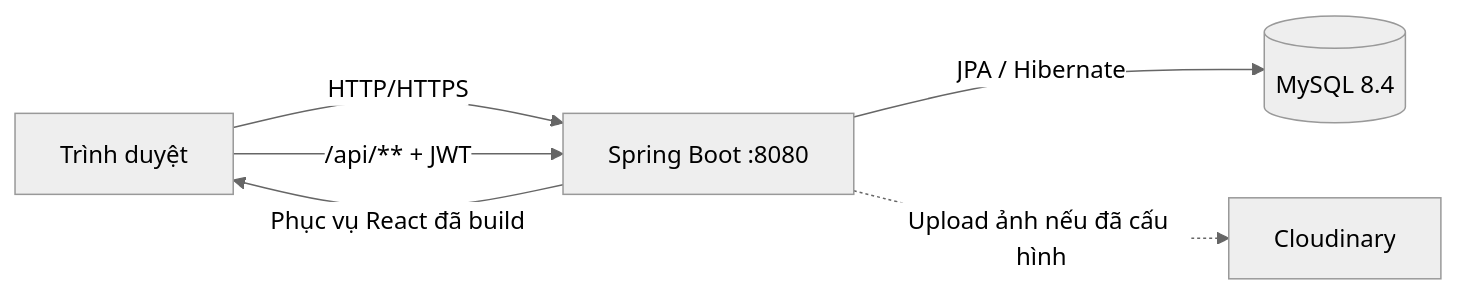
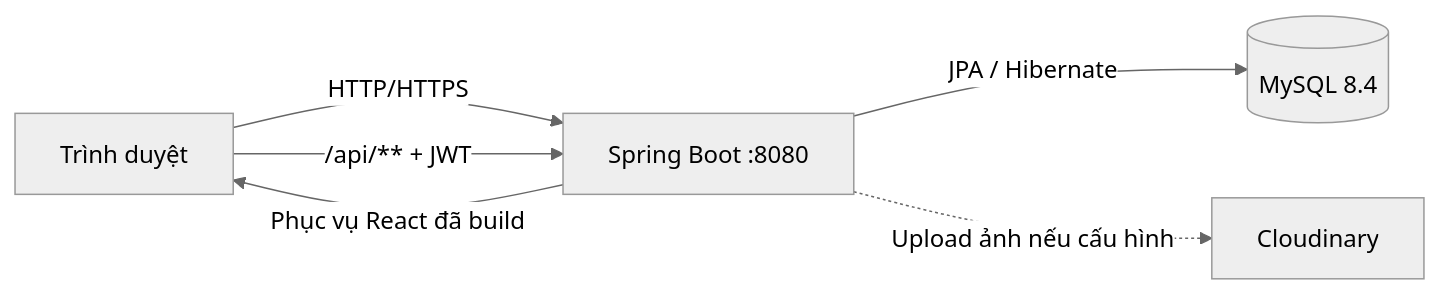
The diagram in README.md (Khoidep-zai/teacakeshop_java), drawn with Mermaid (neutral theme) before and after one commit. The commit also changed other lines of this file, not shown here.

````diff
--- a/README.md
+++ b/README.md
@@ -67,8 +40,8 @@
 ```mermaid
 flowchart LR
     Browser["Trình duyệt"] -->|"HTTP/HTTPS"| App["Spring Boot :8080"]
     App -->|"Phục vụ React đã build"| Browser
     Browser -->|"/api/** + JWT"| App
     App -->|"JPA / Hibernate"| DB[("MySQL 8.4")]
-    App -.->|"Upload ảnh nếu đã cấu hình"| Cloudinary["Cloudinary"]
+    App -.->|"Upload ảnh nếu cấu hình"| Cloudinary["Cloudinary"]
 ```
````
